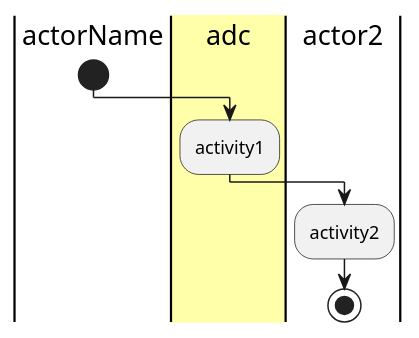
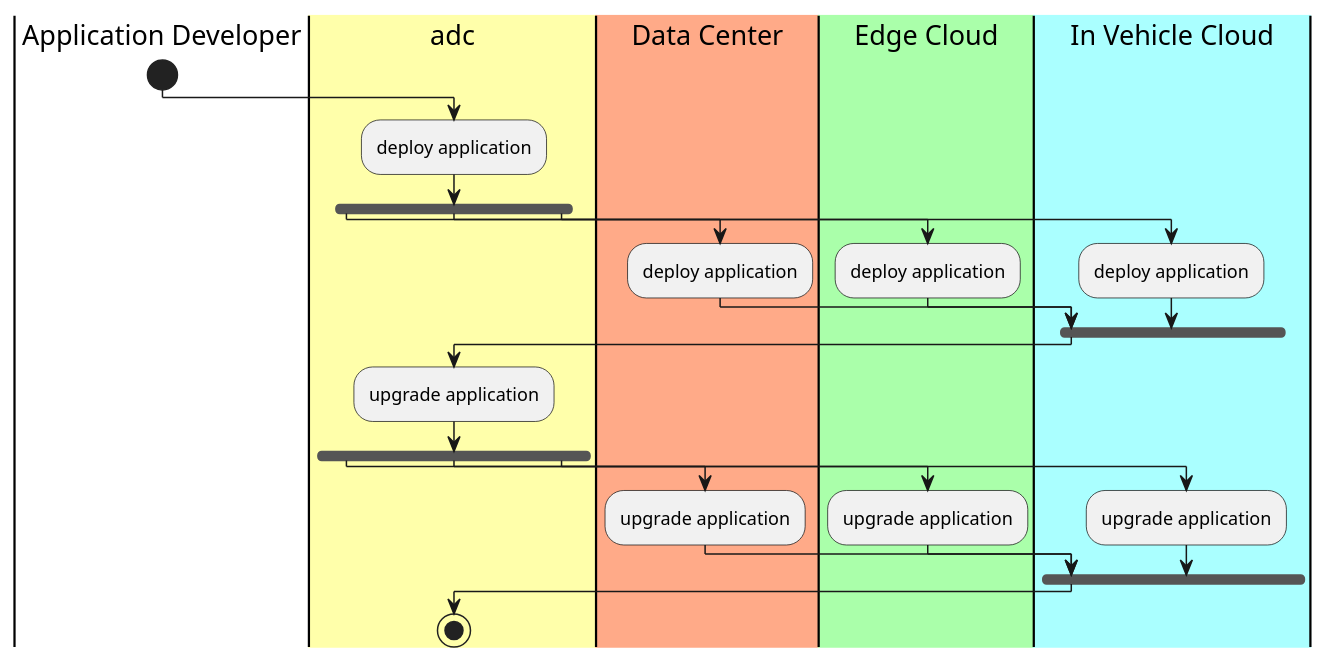
Before and after one commit to CAADE/ADC: the diagram in docs/UseCases/Manage-Applications/Activities.puml, drawn with PlantUML. The commit also changed 156 other files, not shown here.

```diff
--- a/docs/UseCases/Manage-Applications/Activities.puml
+++ b/docs/UseCases/Manage-Applications/Activities.puml
@@ -1,9 +1,30 @@
 @startuml
-|actorName|
+|Application Developer|
 start
 |#ffffaa|adc|
-:activity1;
-|actor2|
-:activity2;
+:deploy application;
+fork
+|#ffaa88|Data Center|
+:deploy application;
+fork again
+|#aaffaa|Edge Cloud|
+:deploy application;
+fork again
+|#aaffff|In Vehicle Cloud|
+:deploy application;
+end fork
+|adc|
+:upgrade application;
+fork
+|Data Center|
+:upgrade application;
+fork again
+|Edge Cloud|
+:upgrade application;
+fork again
+|In Vehicle Cloud|
+:upgrade application;
+end fork
+|adc|
 stop
 @enduml
```
